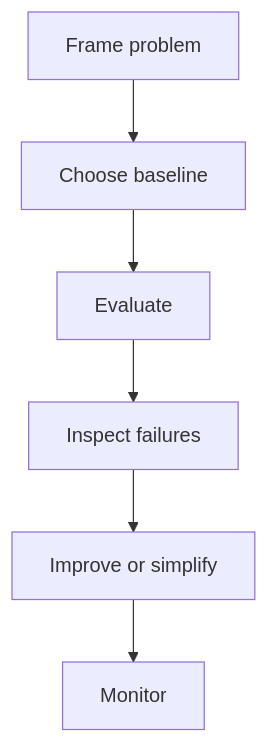
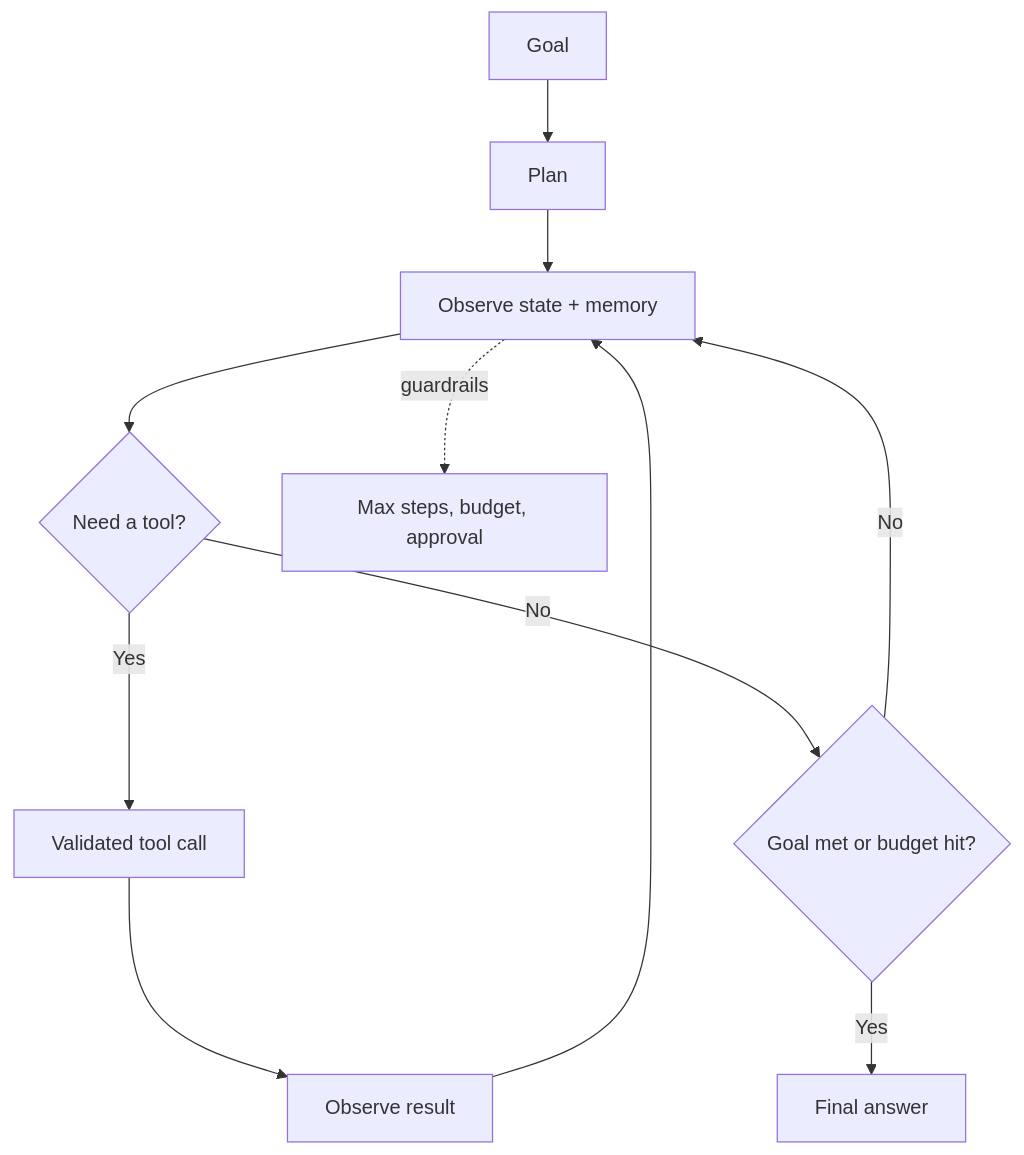
The diagram in cheatsheets/14-agents-cheatsheet.md (Icon1cc/Machine-Learning), drawn with Mermaid before and after one commit. The commit also changed other lines of this file and 118 other files, not shown here.

````diff
--- a/cheatsheets/14-agents-cheatsheet.md
+++ b/cheatsheets/14-agents-cheatsheet.md
@@ -56,8 +69,13 @@
 ```mermaid
 flowchart TD
-    A[Frame problem] --> B[Choose baseline]
-    B --> C[Evaluate]
-    C --> D[Inspect failures]
-    D --> E[Improve or simplify]
-    E --> F[Monitor]
+    A[Goal] --> B[Plan]
+    B --> C[Observe state + memory]
+    C --> D{Need a tool?}
+    D -- Yes --> E[Validated tool call]
+    E --> F[Observe result]
+    F --> C
+    D -- No --> G{Goal met or budget hit?}
+    G -- No --> C
+    G -- Yes --> H[Final answer]
+    C -.guardrails.-> I[Max steps, budget, approval]
 ```
````
